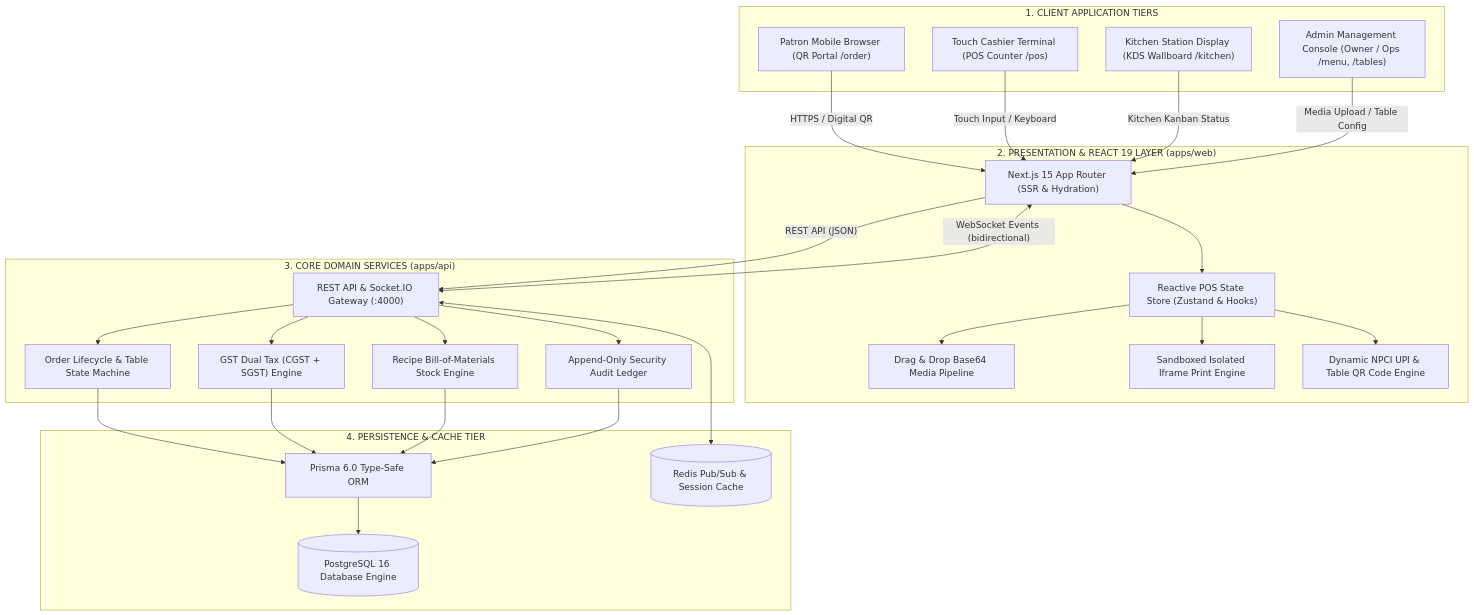
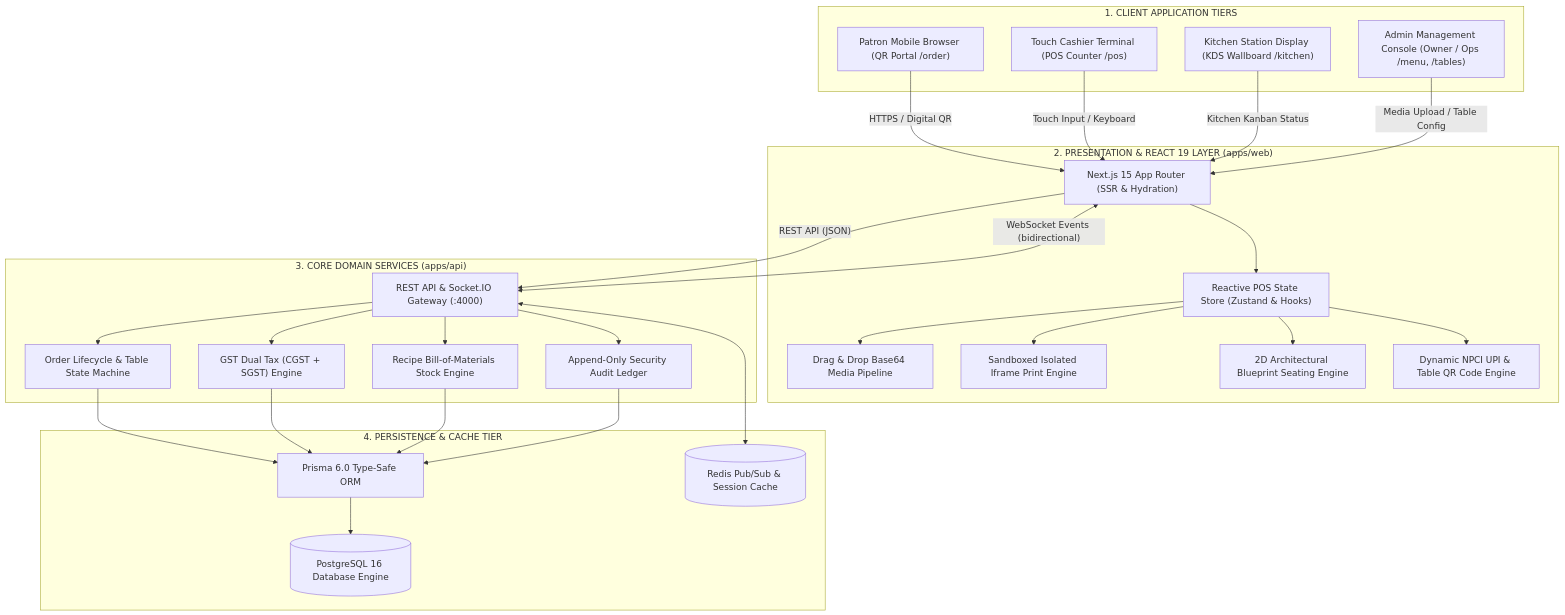
Before and after one commit to Gautamgiri798/ORDRIVA: the first of 3 diagrams in README.md, drawn with Mermaid. The commit also changed other lines of this file and 3 other files, not shown here.

````diff
--- a/README.md
+++ b/README.md
@@ -63,57 +65,59 @@
 ```mermaid
 flowchart TD
     subgraph Clients["1. CLIENT APPLICATION TIERS"]
         Patron["Patron Mobile Browser (QR Portal /order)"]
         Cashier["Touch Cashier Terminal (POS Counter /pos)"]
         Chef["Kitchen Station Display (KDS Wallboard /kitchen)"]
         Admin["Admin Management Console (Owner / Ops /menu, /tables)"]
     end
 
     subgraph Presentation["2. PRESENTATION & REACT 19 LAYER (apps/web)"]
         AppRouter["Next.js 15 App Router (SSR & Hydration)"]
         Store["Reactive POS State Store (Zustand & Hooks)"]
         MediaEngine["Drag & Drop Base64 Media Pipeline"]
         PrintEngine["Sandboxed Isolated Iframe Print Engine"]
+        FloorEngine["2D Architectural Blueprint Seating Engine"]
         QRGen["Dynamic NPCI UPI & Table QR Code Engine"]
     end
 
     subgraph ServiceLayer["3. CORE DOMAIN SERVICES (apps/api)"]
         APIGateway["REST API & Socket.IO Gateway (:4000)"]
         OrderService["Order Lifecycle & Table State Machine"]
         TaxService["GST Dual Tax (CGST + SGST) Engine"]
         BoMService["Recipe Bill-of-Materials Stock Engine"]
         AuditService["Append-Only Security Audit Ledger"]
     end
 
     subgraph StorageLayer["4. PERSISTENCE & CACHE TIER"]
         PrismaORM["Prisma 6.0 Type-Safe ORM"]
         PostgresDB[("PostgreSQL 16 Database Engine")]
         RedisCache[("Redis Pub/Sub & Session Cache")]
     end
 
     Patron -->|"HTTPS / Digital QR"| AppRouter
     Cashier -->|"Touch Input / Keyboard"| AppRouter
     Chef -->|"Kitchen Kanban Status"| AppRouter
     Admin -->|"Media Upload / Table Config"| AppRouter
 
     AppRouter --> Store
     Store --> MediaEngine
     Store --> PrintEngine
+    Store --> FloorEngine
     Store --> QRGen
 
     AppRouter -->|"REST API (JSON)"| APIGateway
     AppRouter <-->|"WebSocket Events (bidirectional)"| APIGateway
 
     APIGateway --> OrderService
     APIGateway --> TaxService
     APIGateway --> BoMService
     APIGateway --> AuditService
 
     OrderService --> PrismaORM
     TaxService --> PrismaORM
     BoMService --> PrismaORM
     AuditService --> PrismaORM
 
     PrismaORM --> PostgresDB
     APIGateway <--> RedisCache
 ```
````
